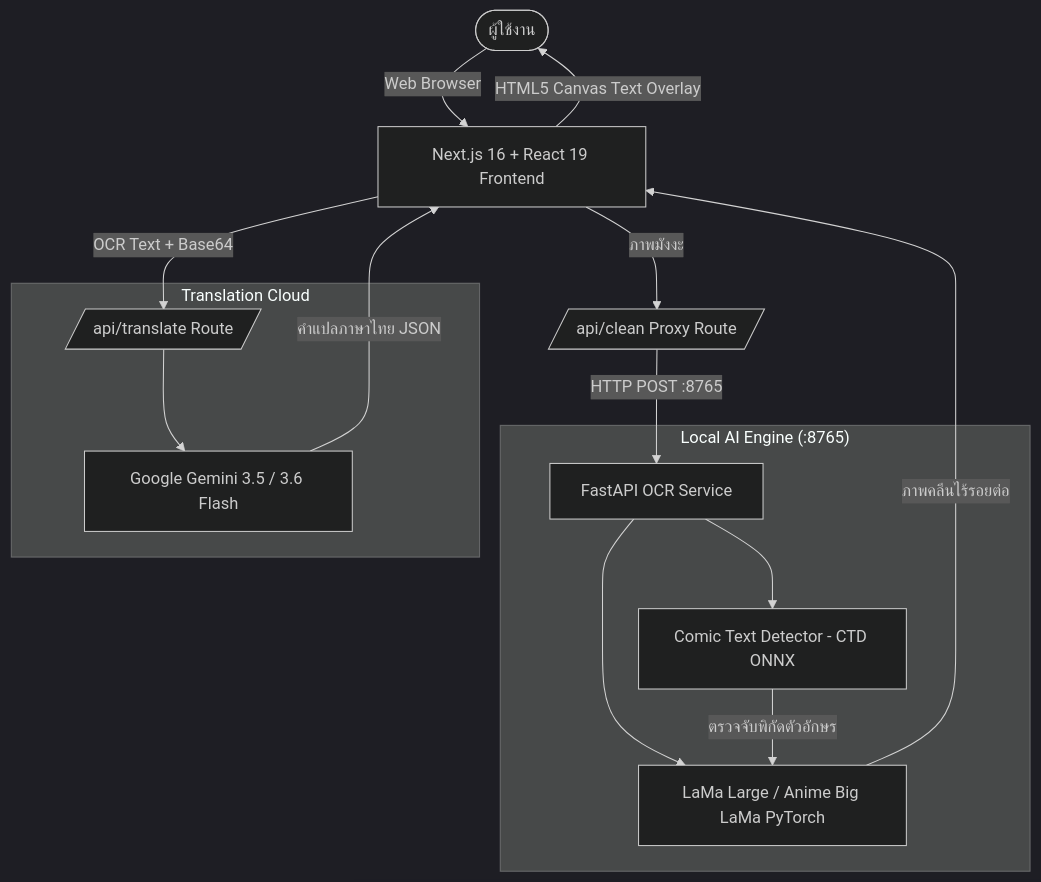
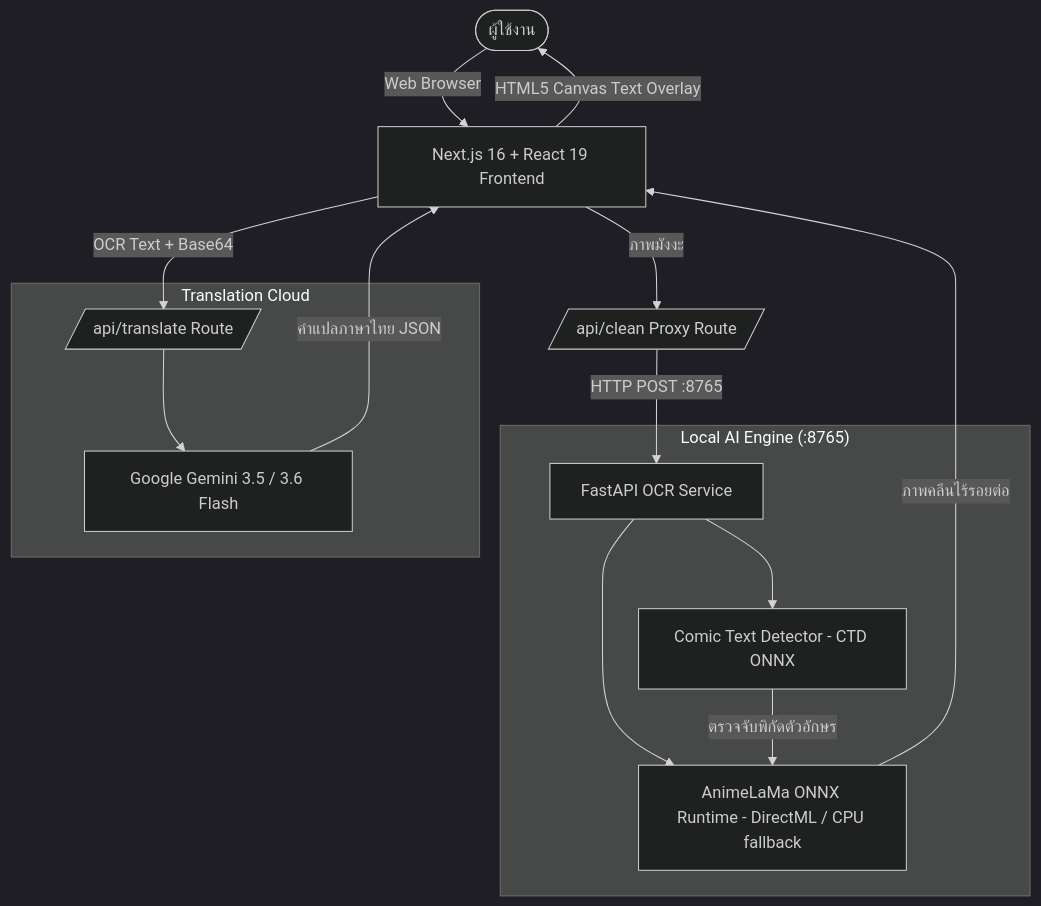
The diagram in README.md (krgame00/SuperK), drawn with Mermaid (dark theme) before and after one commit. The commit also changed other lines of this file and 49 other files, not shown here.

````diff
--- a/README.md
+++ b/README.md
@@ -162,22 +162,22 @@
 ```mermaid
 graph TD
     User([ผู้ใช้งาน]) -->|Web Browser| Frontend[Next.js 16 + React 19 Frontend]
     Frontend -->|ภาพมังงะ| BackendProxy[/api/clean Proxy Route/]
     BackendProxy -->|HTTP POST :8765| FastAPIService[FastAPI OCR Service]
     
     subgraph "Local AI Engine (:8765)"
         FastAPIService --> Detector[Comic Text Detector - CTD ONNX]
-        FastAPIService --> Inpainter[LaMa Large / Anime Big LaMa PyTorch]
+        FastAPIService --> Inpainter[AnimeLaMa ONNX Runtime - DirectML / CPU fallback]
         Detector -->|ตรวจจับพิกัดตัวอักษร| Inpainter
     end
 
     Frontend -->|OCR Text + Base64| TranslateRoute[/api/translate Route/]
     
     subgraph "Translation Cloud"
         TranslateRoute --> GeminiAPI[Google Gemini 3.5 / 3.6 Flash]
     end
 
     GeminiAPI -->|คำแปลภาษาไทย JSON| Frontend
     Inpainter -->|ภาพคลีนไร้รอยต่อ| Frontend
     Frontend -->|HTML5 Canvas Text Overlay| User
 ```
````
